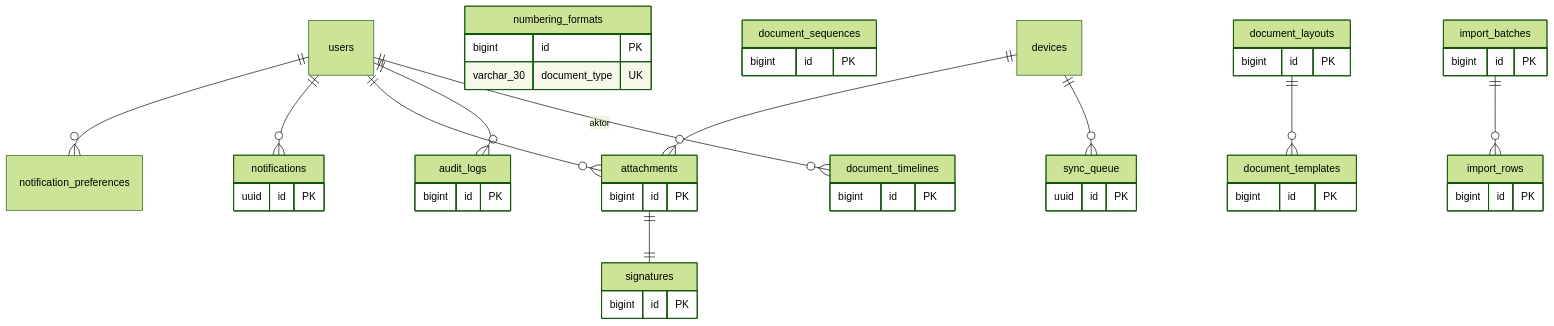
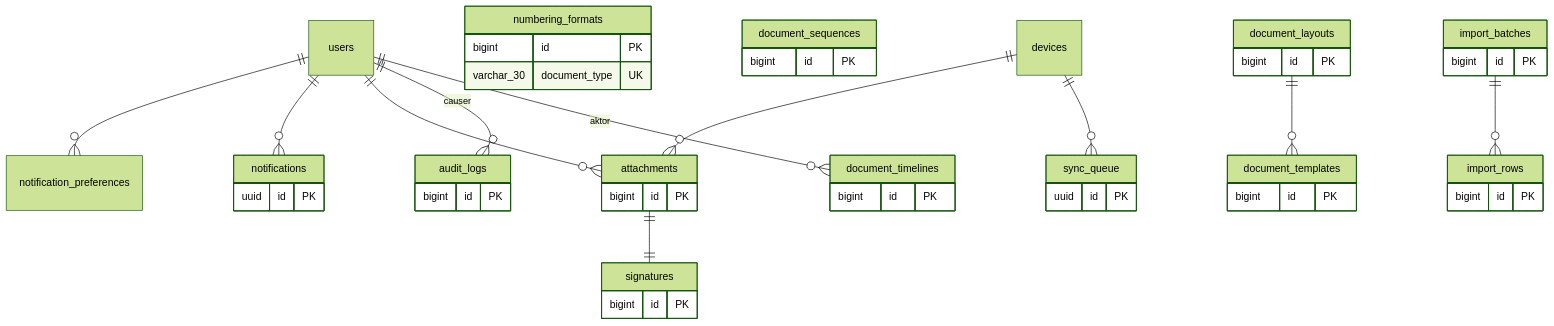
Before and after one commit to HengkyDarmawan/wms: the fourth of 4 diagrams in docs/wms/08c-model-data-pendukung.md, drawn with Mermaid (forest theme). The commit also changed other lines of this file and 301 other files, not shown here.

````diff
--- a/docs/wms/08c-model-data-pendukung.md
+++ b/docs/wms/08c-model-data-pendukung.md
@@ -226,52 +232,52 @@
 ```mermaid
 erDiagram
   document_timelines {
     bigint id PK
   }
   audit_logs {
     bigint id PK
   }
   attachments {
     bigint id PK
   }
   signatures {
     bigint id PK
   }
   notifications {
     uuid id PK
   }
   notification_preferences {
   }
   document_layouts {
     bigint id PK
   }
   document_templates {
     bigint id PK
   }
   numbering_formats {
     bigint id PK
     varchar_30 document_type UK
   }
   document_sequences {
     bigint id PK
   }
   import_batches {
     bigint id PK
   }
   import_rows {
     bigint id PK
   }
   sync_queue {
     uuid id PK
   }
   users ||--o{ document_timelines : "aktor"
-  users ||--o{ audit_logs : " "
+  users ||--o{ audit_logs : "causer"
   users ||--o{ attachments : " "
   attachments ||--|| signatures : " "
   users ||--o{ notifications : " "
   users ||--o{ notification_preferences : " "
   document_layouts ||--o{ document_templates : " "
   import_batches ||--o{ import_rows : " "
   devices ||--o{ sync_queue : " "
   devices ||--o{ attachments : " "
 ```
````
